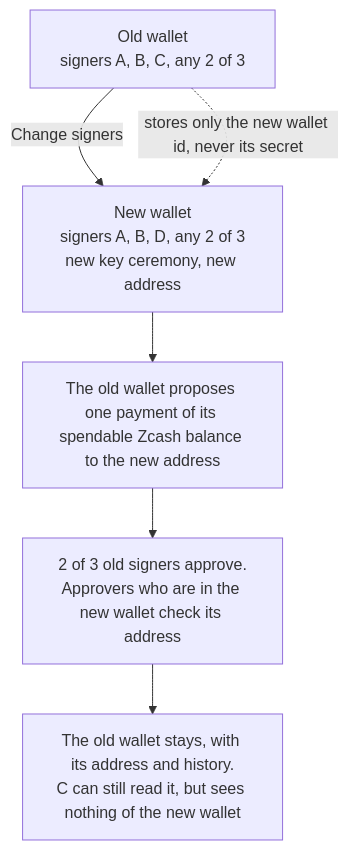
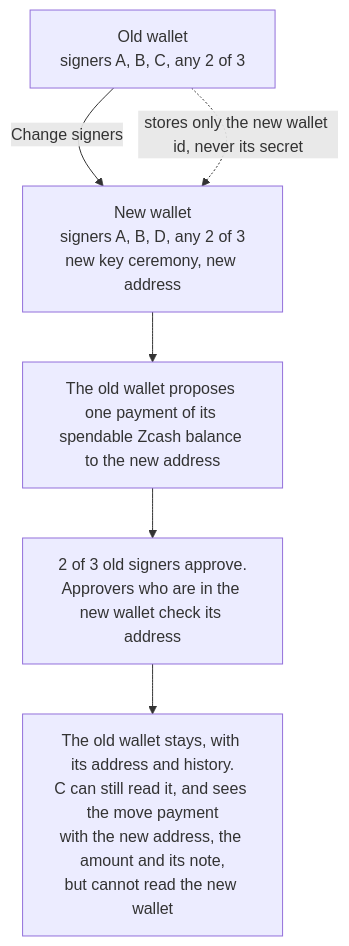
Before and after one commit to devzigs/zigs: the fourth of 4 diagrams in PROTOCOL.md, drawn with Mermaid. The commit also changed 6 other files, not shown here.

First line of the commit message:
Say what a device left out of a new wallet still sees

````diff
--- a/PROTOCOL.md
+++ b/PROTOCOL.md
@@ -527,8 +527,8 @@
 ```mermaid
 flowchart TD
   A["Old wallet<br/>signers A, B, C, any 2 of 3"] -->|Change signers| B["New wallet<br/>signers A, B, D, any 2 of 3<br/>new key ceremony, new address"]
   A -.->|stores only the new wallet id, never its secret| B
   B --> C["The old wallet proposes one payment of its spendable Zcash balance to the new address"]
   C --> D["2 of 3 old signers approve.<br/>Approvers who are in the new wallet check its address"]
-  D --> E["The old wallet stays, with its address and history.<br/>C can still read it, but sees nothing of the new wallet"]
+  D --> E["The old wallet stays, with its address and history.<br/>C can still read it, and sees the move payment<br/>with the new address, the amount and its note,<br/>but cannot read the new wallet"]
 ```
````
